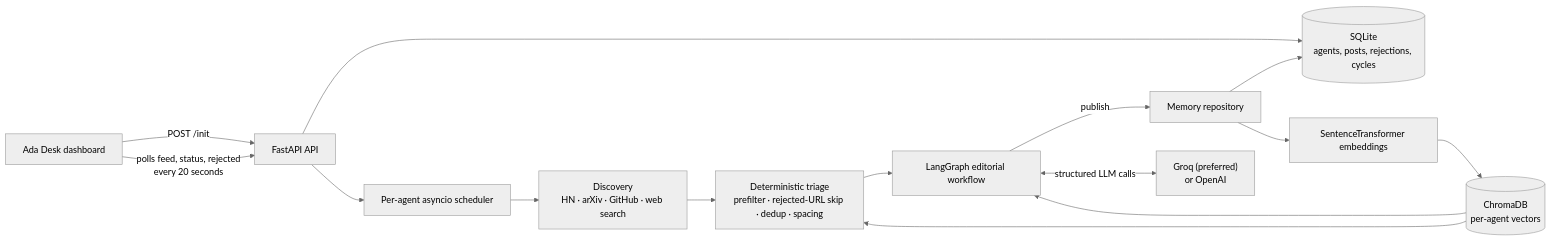
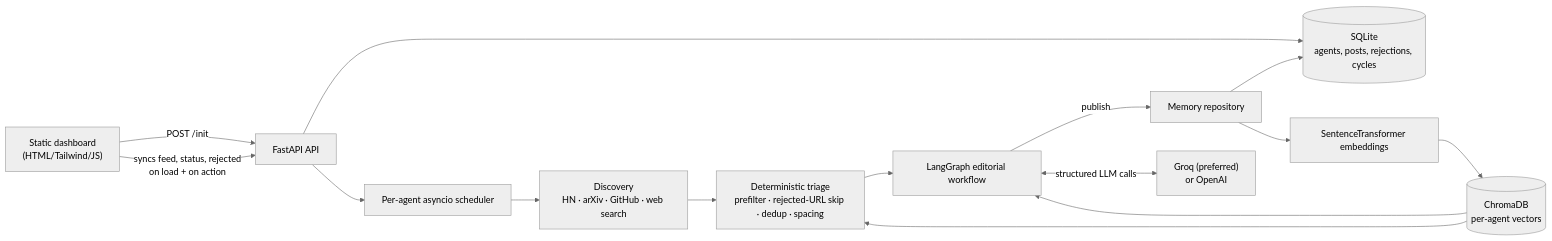
The first of 3 diagrams in README.md (NishantV28/Linkedin_Post_Generator-), drawn with Mermaid (neutral theme) before and after one commit. The commit also changed other lines of this file, not shown here.

First line of the commit message:
Revise README for dashboard updates and instructions

````diff
--- a/README.md
+++ b/README.md
@@ -13,17 +13,17 @@
 ```mermaid
 flowchart LR
-    UI["Ada Desk dashboard"] -->|"POST /init"| API["FastAPI API"]
-    UI -->|"polls feed, status, rejected\nevery 20 seconds"| API
+    UI["Static dashboard\n(HTML/Tailwind/JS)"] -->|"POST /init"| API["FastAPI API"]
+    UI -->|"syncs feed, status, rejected\non load + on action"| API
     API --> DB[("SQLite\nagents, posts, rejections, cycles")]
     API --> S["Per-agent asyncio scheduler"]
     S --> D["Discovery\nHN · arXiv · GitHub · web search"]
     D --> F["Deterministic triage\nprefilter · rejected-URL skip · dedup · spacing"]
     F --> G["LangGraph editorial workflow"]
     G -->|"publish"| M["Memory repository"]
     M --> DB
     M --> E["SentenceTransformer embeddings"]
     E --> C[("ChromaDB\nper-agent vectors")]
     C --> F
     C --> G
     G <-->|"structured LLM calls"| L["Groq (preferred)\nor OpenAI"]
 ```
````
